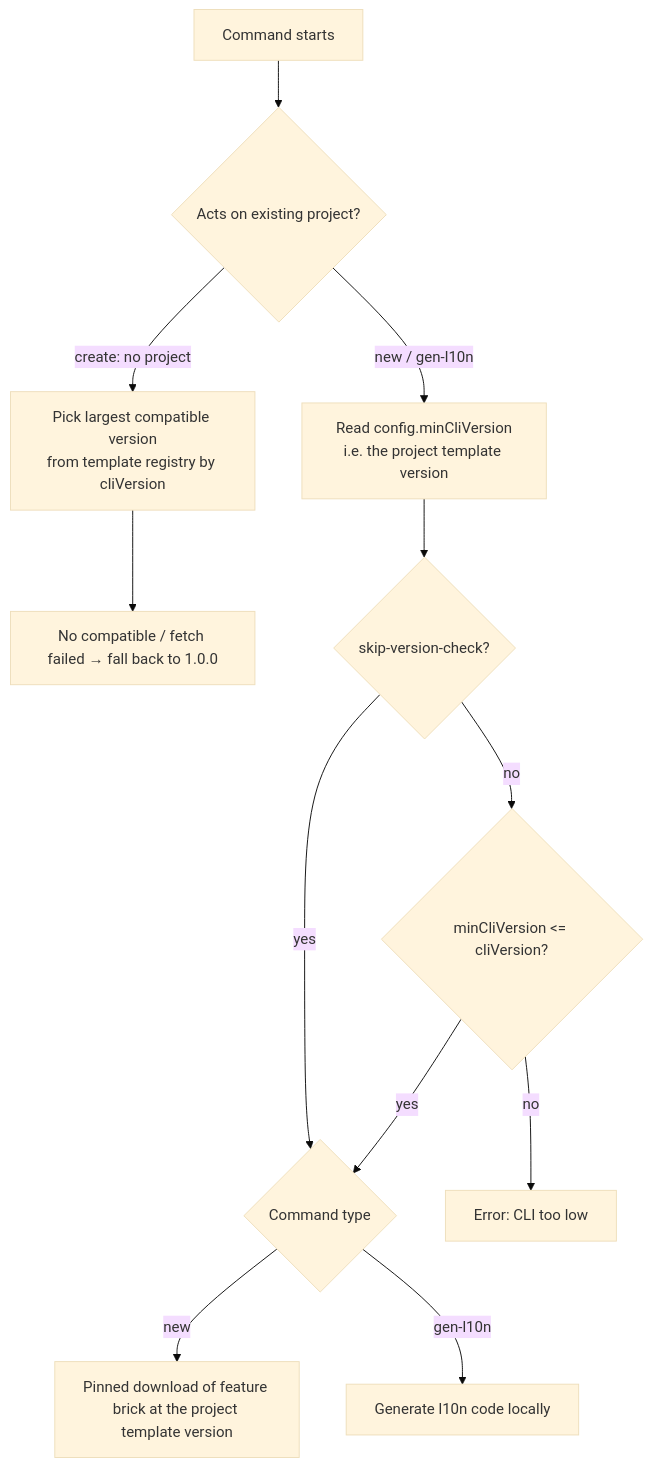
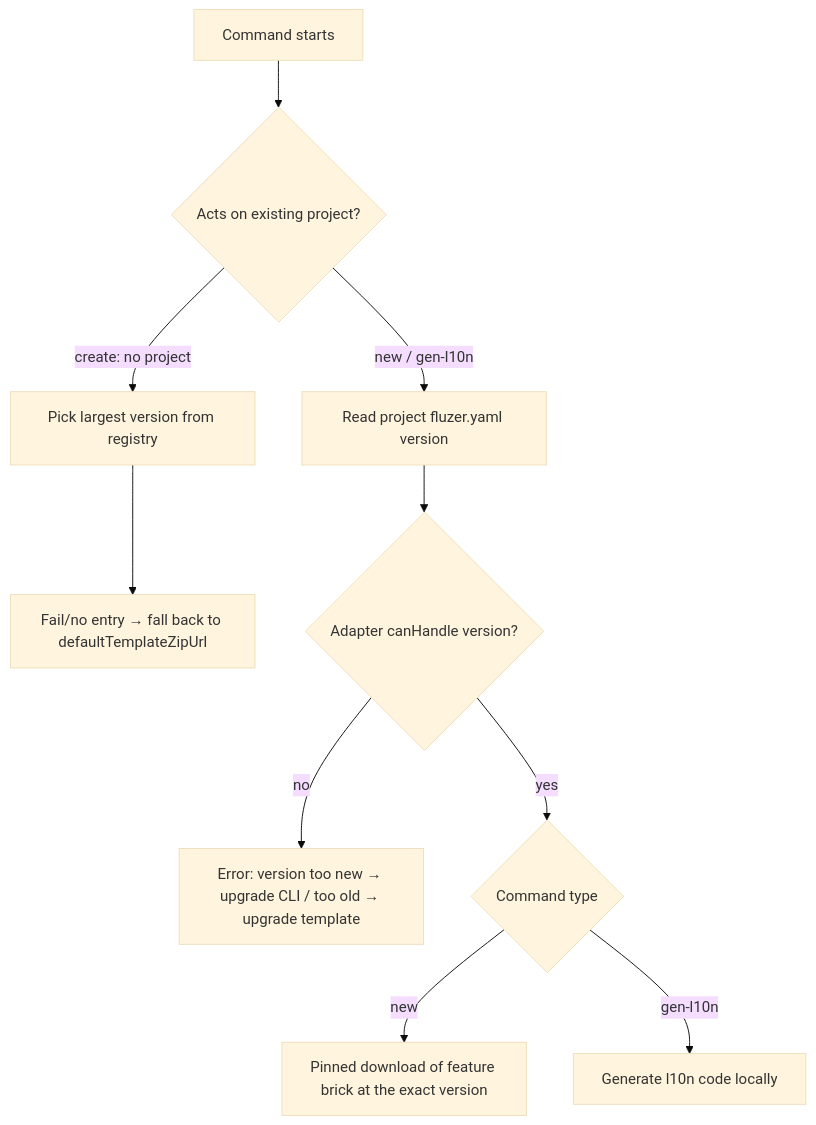
One commit to Dboy233/flutter_zero_doc changed the diagram in docs/en/versioning-rules.md. Above: the diagram before and after it, drawn with Mermaid (base theme). The commit also changed other lines of this file and 25 other files, not shown here.

````diff
--- a/docs/en/versioning-rules.md
+++ b/docs/en/versioning-rules.md
@@ -99,15 +65,12 @@
 ```mermaid
 flowchart TD
     A[Command starts] --> B{Acts on existing project?}
-    B -- create: no project --> C[Pick largest compatible version<br/>from template registry by cliVersion]
-    C --> C1[No compatible / fetch failed → fall back to 1.0.0]
-    B -- new / gen-l10n --> D[Read config.minCliVersion<br/>i.e. the project template version]
-    D --> E{skip-version-check?}
-    E -- yes --> G
-    E -- no --> F{minCliVersion <= cliVersion?}
-    F -- no --> X[Error: CLI too low]
-    F -- yes --> G
-    G{Command type}
-    G -- new --> H[Pinned download of feature brick at the project template version]
+    B -- create: no project --> C[Pick largest version from registry]
+    C --> C1[Fail/no entry → fall back to defaultTemplateZipUrl]
+    B -- new / gen-l10n --> D[Read project fluzer.yaml version]
+    D --> E{Adapter canHandle version?}
+    E -- no --> X[Error: version too new → upgrade CLI / too old → upgrade template]
+    E -- yes --> G{Command type}
+    G -- new --> H[Pinned download of feature brick at the exact version]
     G -- gen-l10n --> I[Generate l10n code locally]
 ```
````
